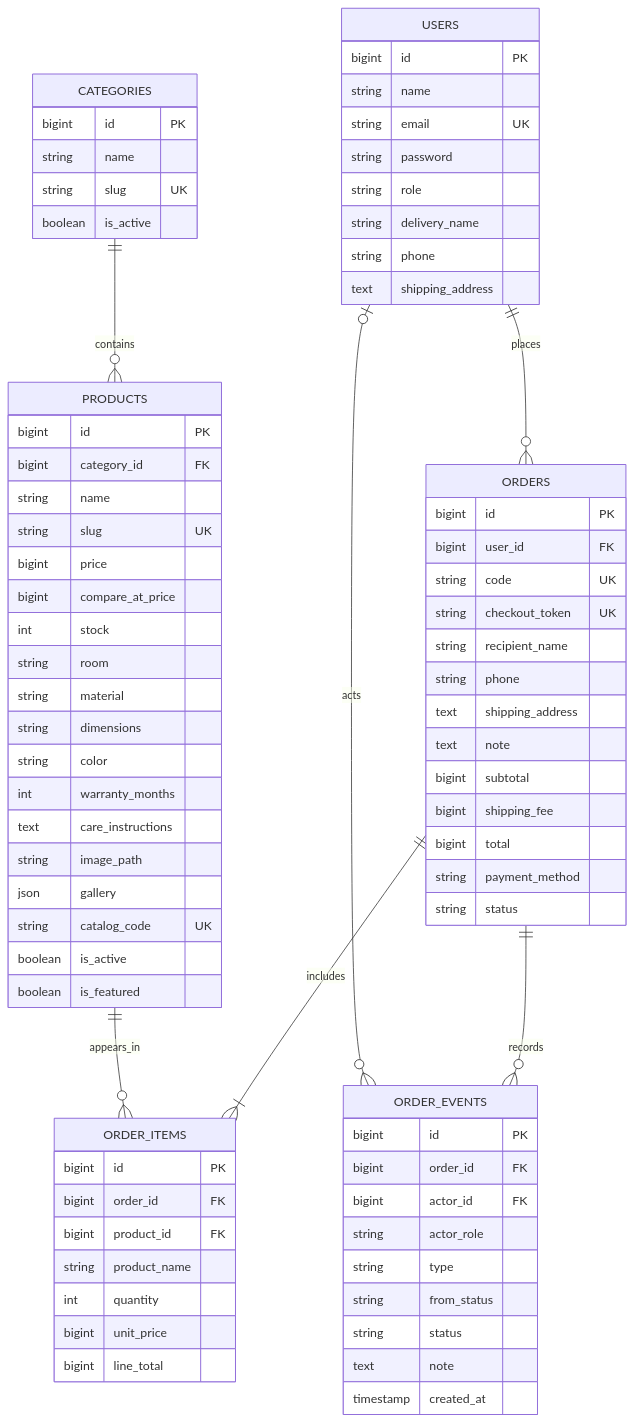
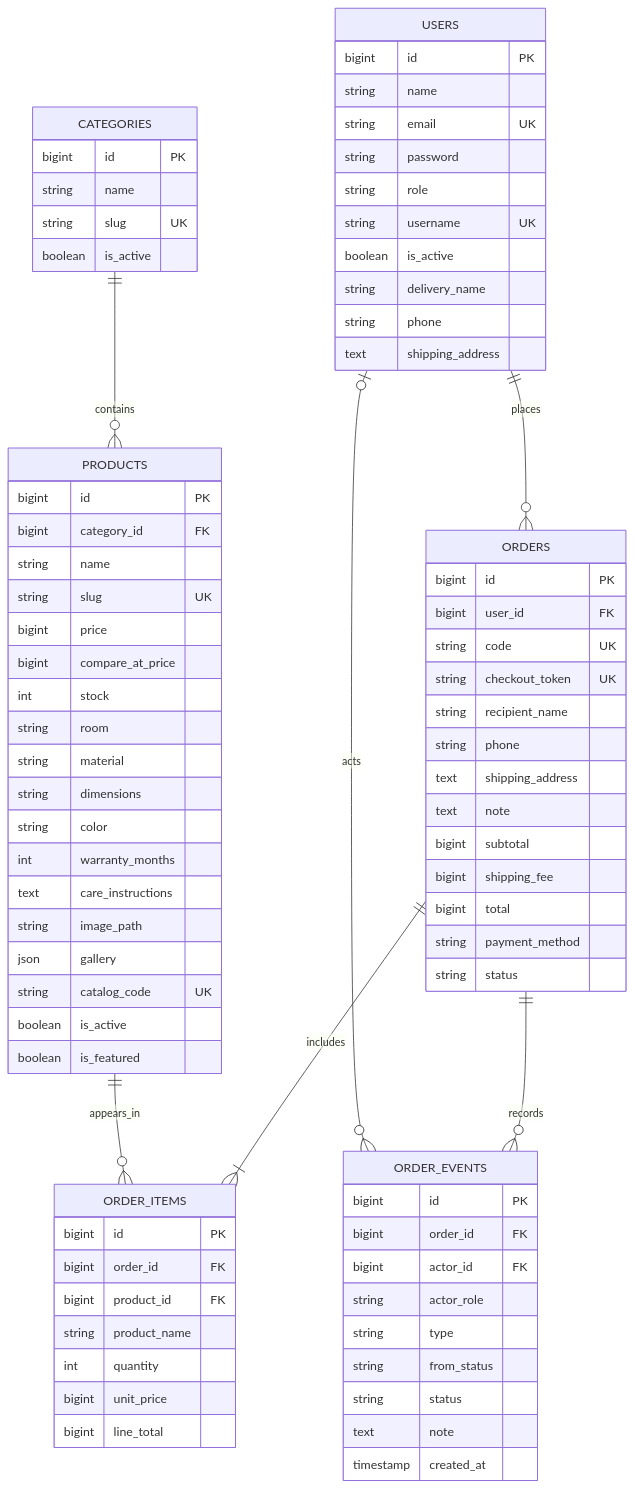
One commit to longdt2025/nest-market-laravel changed the second of 4 diagrams in docs/BAO_CAO.md. Above: the diagram before and after it, drawn with Mermaid. The commit also changed other lines of this file and 64 other files, not shown here.

````diff
--- a/docs/BAO_CAO.md
+++ b/docs/BAO_CAO.md
@@ -61,80 +68,82 @@
 ```mermaid
 erDiagram
     USERS ||--o{ ORDERS : places
     CATEGORIES ||--o{ PRODUCTS : contains
     ORDERS ||--|{ ORDER_ITEMS : includes
     PRODUCTS ||--o{ ORDER_ITEMS : appears_in
     ORDERS ||--o{ ORDER_EVENTS : records
     USERS o|--o{ ORDER_EVENTS : acts
     USERS {
         bigint id PK
         string name
         string email UK
         string password
         string role
+        string username UK
+        boolean is_active
         string delivery_name
         string phone
         text shipping_address
     }
     CATEGORIES {
         bigint id PK
         string name
         string slug UK
         boolean is_active
     }
     PRODUCTS {
         bigint id PK
         bigint category_id FK
         string name
         string slug UK
         bigint price
         bigint compare_at_price
         int stock
         string room
         string material
         string dimensions
         string color
         int warranty_months
         text care_instructions
         string image_path
         json gallery
         string catalog_code UK
         boolean is_active
         boolean is_featured
     }
     ORDERS {
         bigint id PK
         bigint user_id FK
         string code UK
         string checkout_token UK
         string recipient_name
         string phone
         text shipping_address
         text note
         bigint subtotal
         bigint shipping_fee
         bigint total
         string payment_method
         string status
     }
     ORDER_ITEMS {
         bigint id PK
         bigint order_id FK
         bigint product_id FK
         string product_name
         int quantity
         bigint unit_price
         bigint line_total
     }
     ORDER_EVENTS {
         bigint id PK
         bigint order_id FK
         bigint actor_id FK
         string actor_role
         string type
         string from_status
         string status
         text note
         timestamp created_at
     }
 ```
````
